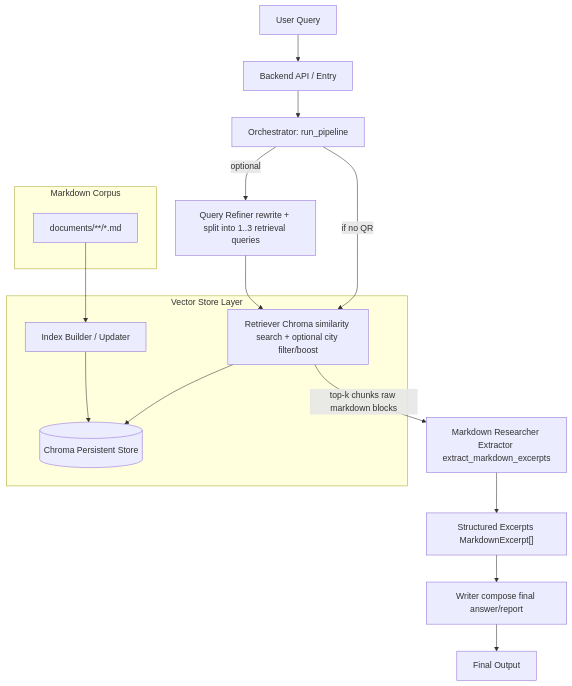
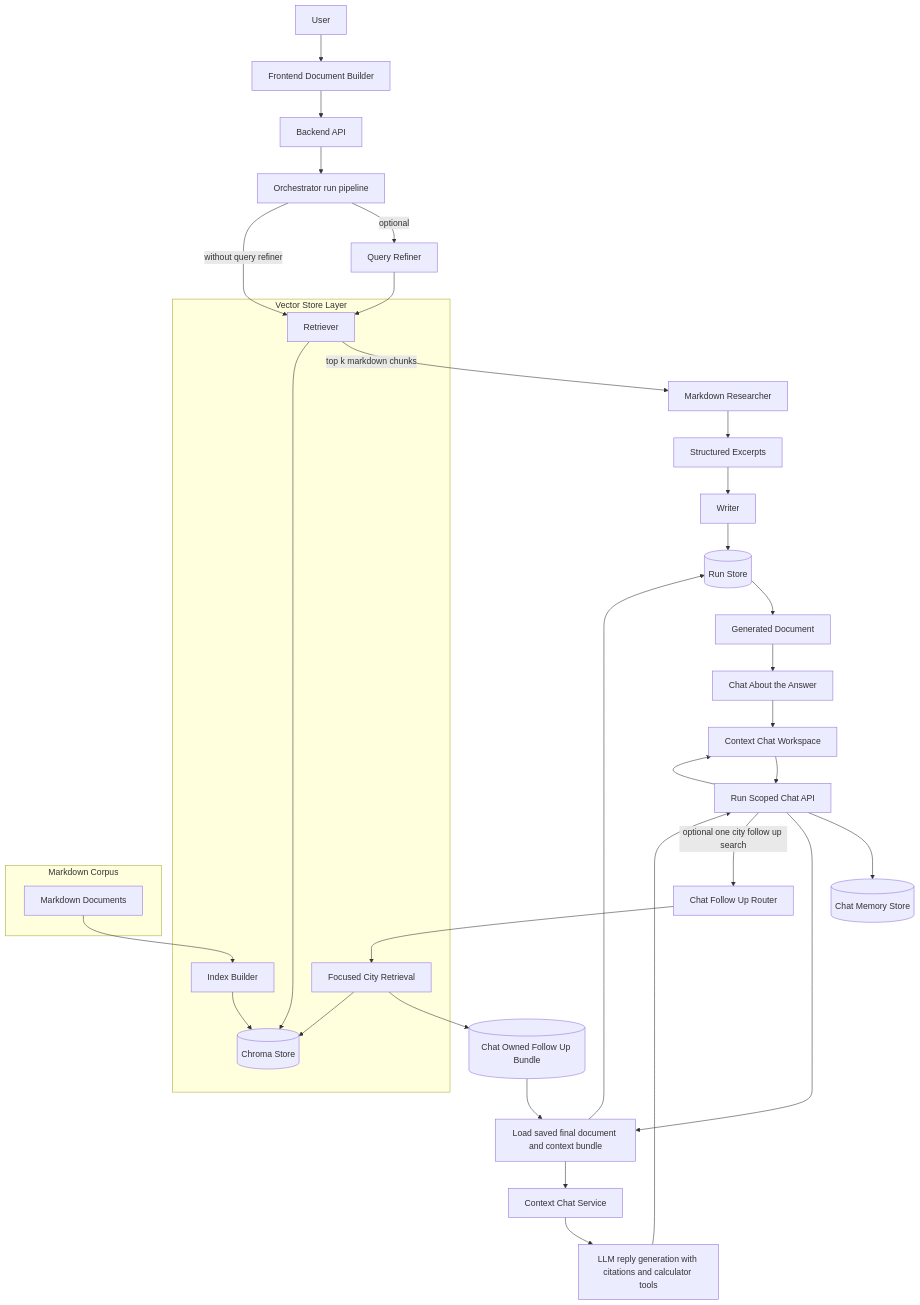
One commit to Open-Earth-Foundation/Query_mechanism_urbind changed the diagram in target-architecture.md. Above: the diagram before and after it, drawn with Mermaid. The commit also changed other lines of this file and 2 other files, not shown here.

Commit message:
chore: remove outdated documentation files for frontend dev toggle and chat rework
- Deleted `dev_toggle.md` and `rework.md` as they contained obsolete information regarding the frontend development mode and chat architecture.
- Updated the target architecture documentation to reflect the current system design and chat follow-up routing enhancements.

````diff
--- a/target-architecture.md
+++ b/target-architecture.md
@@ -1,28 +1,46 @@
 ```mermaid
 flowchart TD
-  U[User Query] --> API[Backend API / Entry]
-  API --> ORCH[Orchestrator: run_pipeline]
+  U[User] --> FE[Frontend Document Builder]
+  FE --> API[Backend API]
+  API --> ORCH[Orchestrator run pipeline]
 
-  ORCH -->|optional| QR[Query Refiner rewrite + split into 1..3 retrieval queries]
-  QR --> RET[Retriever Chroma similarity search + optional city filter/boost]
-  ORCH -->|if no QR| RET
+  ORCH -->|optional| QR[Query Refiner]
+  QR --> RET[Retriever]
+  ORCH -->|without query refiner| RET
 
-  RET -->|top-k chunks raw markdown blocks| MR[Markdown Researcher Extractor extract_markdown_excerpts]
-  MR --> EX["Structured Excerpts MarkdownExcerpt[]"]
+  RET -->|top k markdown chunks| MR[Markdown Researcher]
+  MR --> EX[Structured Excerpts]
+  EX --> WR[Writer]
+  WR --> RUN[(Run Store)]
+  RUN --> OUT[Generated Document]
 
-  EX --> WR[Writer compose final answer/report]
-  WR --> OUT[Final Output]
+  OUT --> CHATBTN[Chat About the Answer]
+  CHATBTN --> CHATUI[Context Chat Workspace]
+  CHATUI --> CHATAPI[Run Scoped Chat API]
+  CHATAPI --> MEM[(Chat Memory Store)]
+  CHATAPI --> LOAD[Load saved final document and context bundle]
+  LOAD --> RUN
+  LOAD --> CHATSRV[Context Chat Service]
+  CHATSRV --> LLM[LLM reply generation with citations and calculator tools]
+  LLM --> CHATAPI
+  CHATAPI --> CHATUI
+
+  CHATAPI -->|optional one city follow up search| FROUTE[Chat Follow Up Router]
+  FROUTE --> FRET[Focused City Retrieval]
+  FRET --> FB[(Chat Owned Follow Up Bundle)]
+  FB --> LOAD
 
   subgraph VS[Vector Store Layer]
-    IDX[Index Builder / Updater]
-    CH[(Chroma Persistent Store)]
+    IDX[Index Builder]
+    CH[(Chroma Store)]
     IDX --> CH
     RET --> CH
+    FRET --> CH
   end
 
   subgraph DOCS[Markdown Corpus]
-    MD[documents/**/*.md]
+    MD[Markdown Documents]
   end
 
   MD --> IDX
 ```
````
